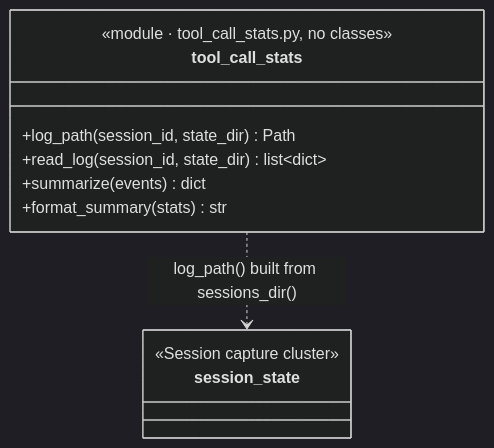
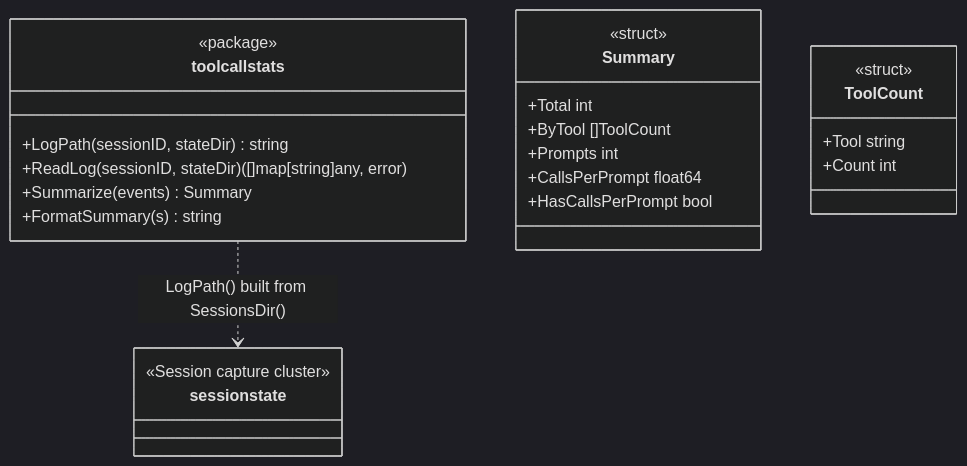
One commit to dhague/enchiridion changed the ninth of 9 diagrams in docs/architecture.md. Above: the diagram before and after it, drawn with Mermaid (dark theme). The commit also changed other lines of this file and 1 other file, not shown here.

Commit message:
Redraw docs/architecture.md natively for Go (#191)

````diff
--- a/docs/architecture.md
+++ b/docs/architecture.md
@@ -487,15 +630,28 @@
 ```mermaid
 classDiagram
-    class tool_call_stats {
-        <<module · tool_call_stats.py, no classes>>
-        +log_path(session_id, state_dir) Path
-        +read_log(session_id, state_dir) list~dict~
-        +summarize(events) dict
-        +format_summary(stats) str
+    class toolcallstats {
+        <<package>>
+        +LogPath(sessionID, stateDir) string
+        +ReadLog(sessionID, stateDir) ([]map[string]any, error)
+        +Summarize(events) Summary
+        +FormatSummary(s) string
     }
-    class session_state {
+    class Summary {
+        <<struct>>
+        +Total int
+        +ByTool []ToolCount
+        +Prompts int
+        +CallsPerPrompt float64
+        +HasCallsPerPrompt bool
+    }
+    class ToolCount {
+        <<struct>>
+        +Tool string
+        +Count int
+    }
+    class sessionstate {
         <<Session capture cluster>>
     }
 
-    tool_call_stats ..> session_state : log_path() built from sessions_dir()
+    toolcallstats ..> sessionstate : LogPath() built from SessionsDir()
 ```
````
